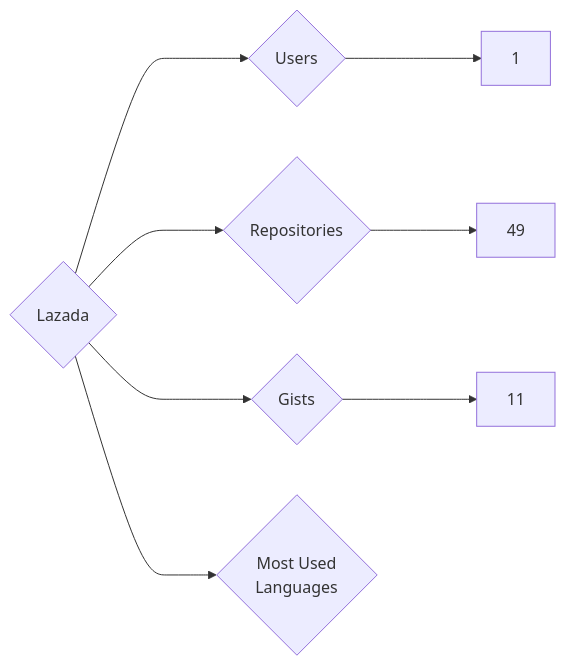
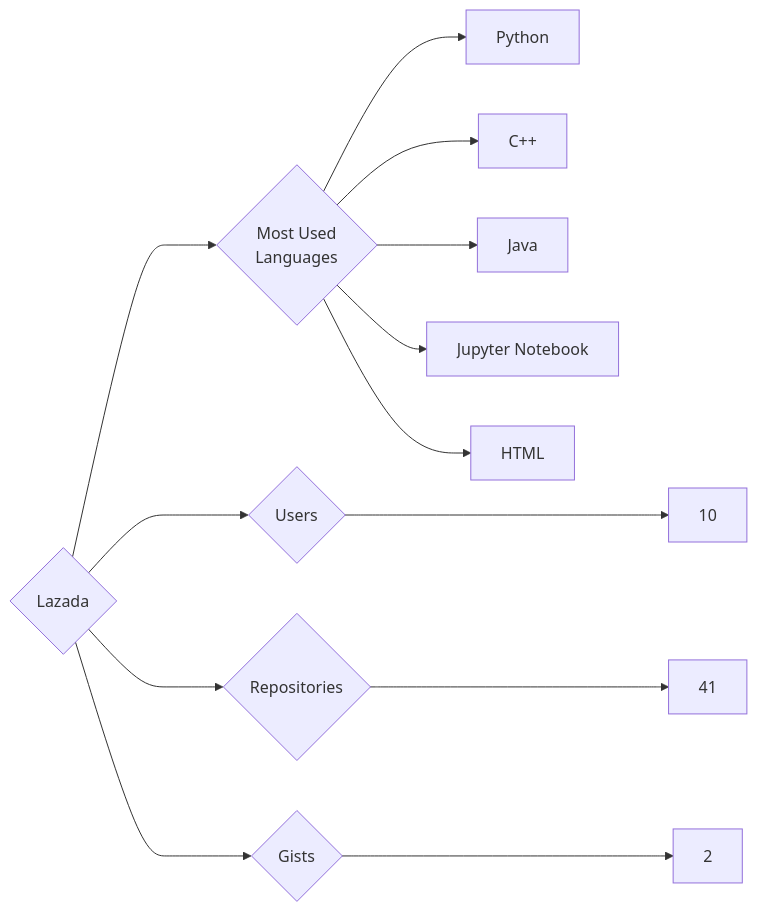
Before and after one commit to trickest/insiders: the diagram in targets/Lazada/README.md, drawn with Mermaid. The commit also changed 773 other files, not shown here.

````diff
--- a/targets/Lazada/README.md
+++ b/targets/Lazada/README.md
@@ -3,8 +3,13 @@
 ```mermaid
 graph LR
 COMPANY_NAME{Lazada}
-COMPANY_NAME ---> U{Users} ---> UN[1]
-COMPANY_NAME ---> R{Repositories} ---> RN[49]
-COMPANY_NAME ---> G{Gists} ---> GN[11]
+COMPANY_NAME ---> U{Users} ---> UN[10]
+COMPANY_NAME ---> R{Repositories} ---> RN[41]
+COMPANY_NAME ---> G{Gists} ---> GN[2]
 COMPANY_NAME ---> ML{Most Used<br>Languages}
+ML --> Python[Python]
+ML --> C++[C++]
+ML --> Java[Java]
+ML --> Jupyter_Notebook[Jupyter Notebook]
+ML --> HTML[HTML]
 ```
````
